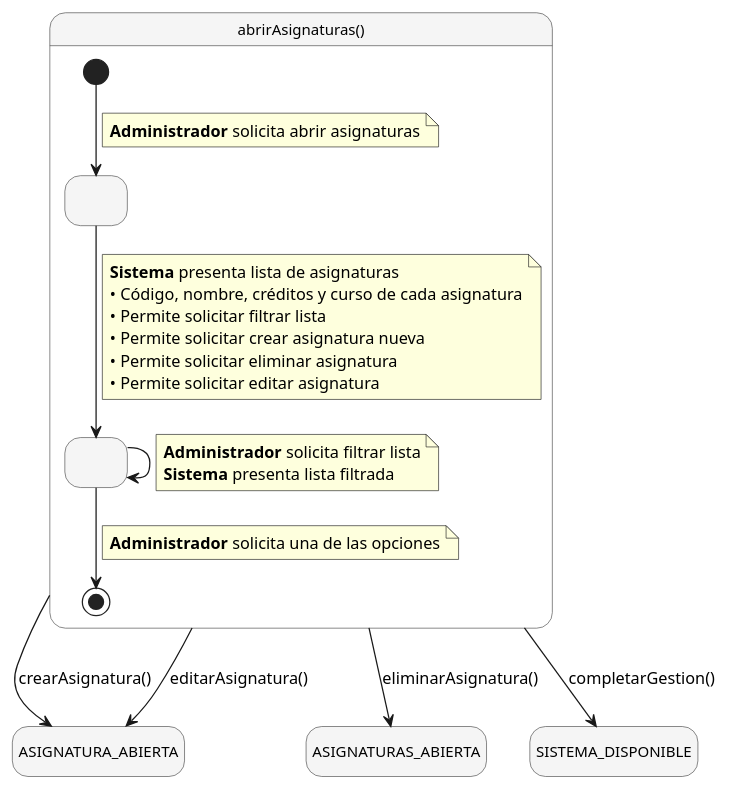
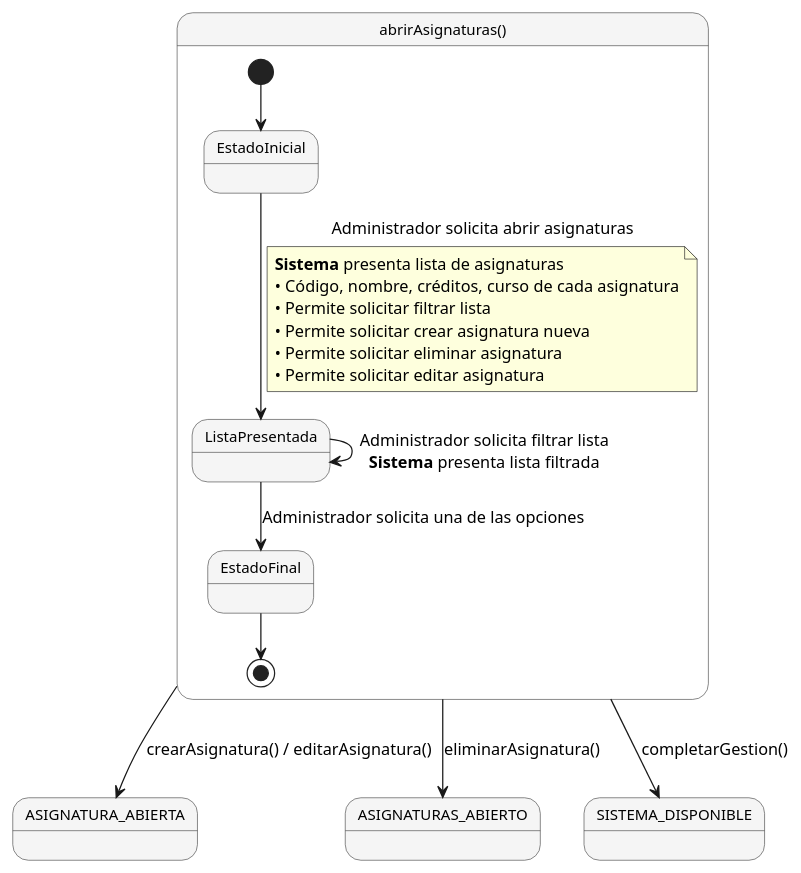
Before and after one commit to antoniogavilanes/Constructor_De_Horarios: the diagram in Constructor_De_Horarios/images/modelosUML/casosDeUso/detallado/abrirAsignaturas.puml, drawn with PlantUML. The commit also changed 14 other files, not shown here.

```diff
--- a/Constructor_De_Horarios/images/modelosUML/casosDeUso/detallado/abrirAsignaturas.puml
+++ b/Constructor_De_Horarios/images/modelosUML/casosDeUso/detallado/abrirAsignaturas.puml
@@ -1,46 +1,32 @@
 @startuml
 
-hide empty description
 skinparam shadowing false
 skinparam state {
     BackgroundColor #F5F5F5
     BorderColor #444
     FontSize 12
 }
 
-state "abrirAsignaturas()" as abrirAsignaturas {
-    state " " as s1
-    state " " as s2
+state "abrirAsignaturas()" as abrirAsig {
+    [*] --> EstadoInicial
+    EstadoInicial --> ListaPresentada : Administrador solicita abrir asignaturas
     
-    [*] --> s1
-    note on link
-        **Administrador** solicita abrir asignaturas
-    end note
-    
-    s1 --> s2
-    note on link
+    note on Link
         **Sistema** presenta lista de asignaturas
-        • Código, nombre, créditos y curso de cada asignatura
+        • Código, nombre, créditos, curso de cada asignatura
         • Permite solicitar filtrar lista
         • Permite solicitar crear asignatura nueva
         • Permite solicitar eliminar asignatura
         • Permite solicitar editar asignatura
     end note
     
-    s2 --> s2
-    note on link
-        **Administrador** solicita filtrar lista
-        **Sistema** presenta lista filtrada
-    end note
-    
-    s2 --> [*]
-    note on link
-        **Administrador** solicita una de las opciones
-    end note
+    ListaPresentada --> ListaPresentada : Administrador solicita filtrar lista\n**Sistema** presenta lista filtrada
+    ListaPresentada --> EstadoFinal : Administrador solicita una de las opciones
+    EstadoFinal --> [*]
 }
 
-abrirAsignaturas --> ASIGNATURA_ABIERTA : crearAsignatura()
-abrirAsignaturas --> ASIGNATURA_ABIERTA : editarAsignatura()
-abrirAsignaturas --> ASIGNATURAS_ABIERTA : eliminarAsignatura()
-abrirAsignaturas --> SISTEMA_DISPONIBLE : completarGestion()
+abrirAsig --> ASIGNATURA_ABIERTA : crearAsignatura() / editarAsignatura()
+abrirAsig --> ASIGNATURAS_ABIERTO : eliminarAsignatura()
+abrirAsig --> SISTEMA_DISPONIBLE : completarGestion()
+
 @enduml
```
